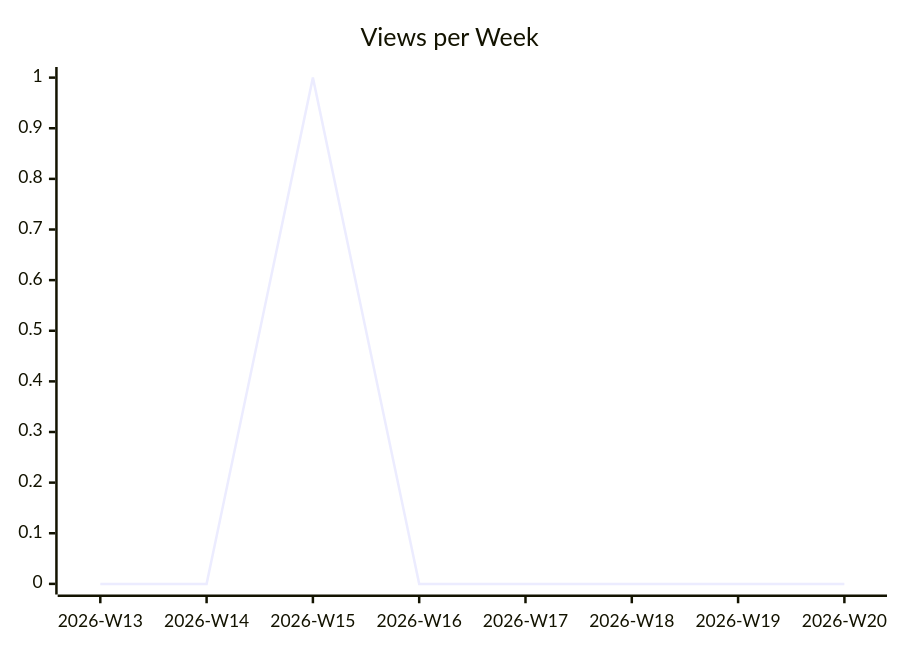
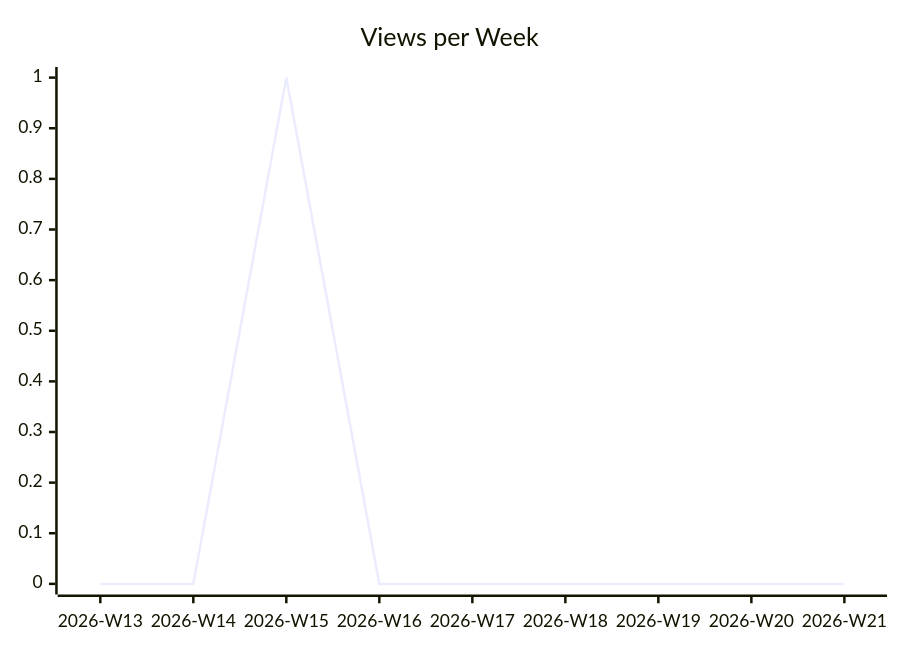
One commit to justdavis-family/github-analytics-data changed the second of 3 diagrams in karlmdavis/obsidian-operator/README.md. Above: the diagram before and after it, drawn with Mermaid. The commit also changed other lines of this file and 189 other files, not shown here.

````diff
--- a/karlmdavis/obsidian-operator/README.md
+++ b/karlmdavis/obsidian-operator/README.md
@@ -12,6 +12,6 @@
 ```mermaid
 xychart-beta
   title "Views per Week"
-  x-axis ["2026-W13", "2026-W14", "2026-W15", "2026-W16", "2026-W17", "2026-W18", "2026-W19", "2026-W20"]
-  line [0, 0, 1, 0, 0, 0, 0, 0]
+  x-axis ["2026-W13", "2026-W14", "2026-W15", "2026-W16", "2026-W17", "2026-W18", "2026-W19", "2026-W20", "2026-W21"]
+  line [0, 0, 1, 0, 0, 0, 0, 0, 0]
 ```
````
